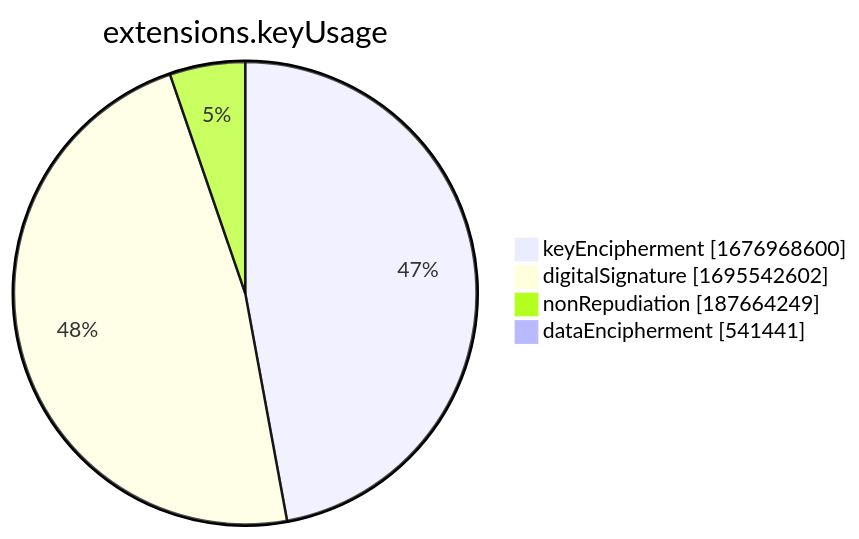
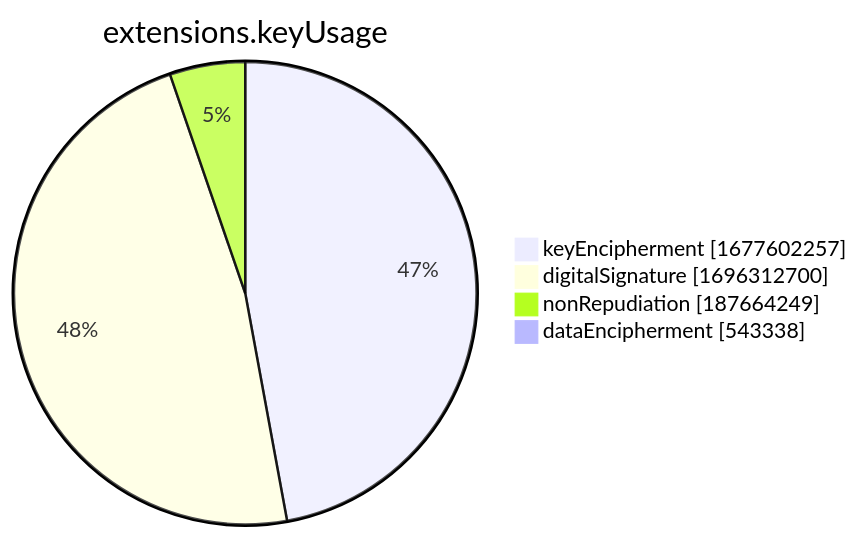
The seventh of 15 diagrams in xenon2022/README.md (christiankrug/ctmonitor_visualization), drawn with Mermaid before and after one commit. The commit also changed other lines of this file, not shown here.

````diff
--- a/xenon2022/README.md
+++ b/xenon2022/README.md
@@ -2857,8 +2857,8 @@
 ```mermaid
 pie showData
 title extensions.keyUsage
-"keyEncipherment" :1676968600
-"digitalSignature" :1695542602
+"keyEncipherment" :1677602257
+"digitalSignature" :1696312700
 "nonRepudiation" :187664249
-"dataEncipherment" :541441
+"dataEncipherment" :543338
 ```
````
